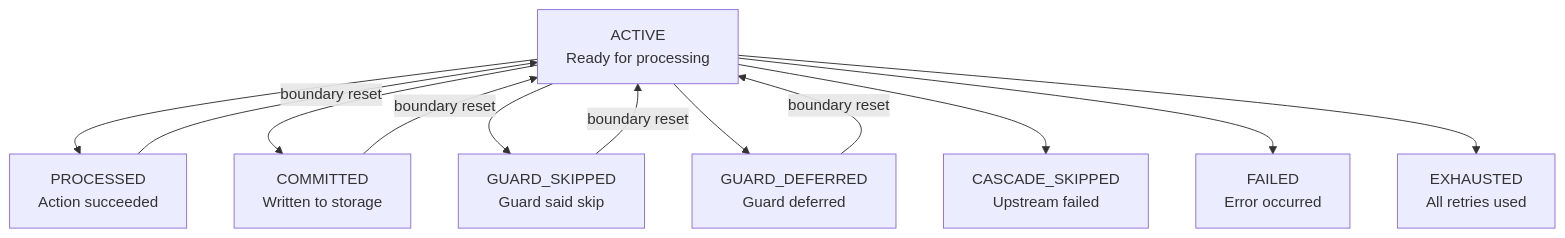
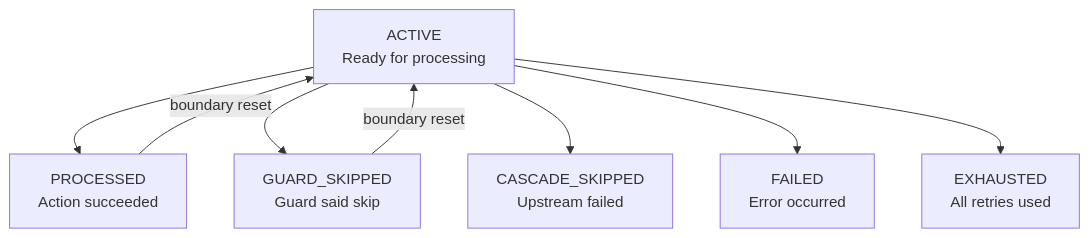
The diagram in docs.agent-actions/docs/guides/record-lifecycle.md (Muizzkolapo/agent-actions), drawn with Mermaid before and after one commit. The commit also changed other lines of this file and 13 other files, not shown here.

First line of the commit message:
fix(VIOL-0029): remove dead RecordState members committed + guard_deferred

````diff
--- a/docs.agent-actions/docs/guides/record-lifecycle.md
+++ b/docs.agent-actions/docs/guides/record-lifecycle.md
@@ -33,24 +33,18 @@
 ```mermaid
 flowchart TD
     A[ACTIVE<br/>Ready for processing]
     P[PROCESSED<br/>Action succeeded]
-    C[COMMITTED<br/>Written to storage]
     GS[GUARD_SKIPPED<br/>Guard said skip]
-    GD[GUARD_DEFERRED<br/>Guard deferred]
     CS[CASCADE_SKIPPED<br/>Upstream failed]
     F[FAILED<br/>Error occurred]
     E[EXHAUSTED<br/>All retries used]
 
     A --> P
-    A --> C
     A --> GS
-    A --> GD
     A --> CS
     A --> F
     A --> E
 
     P -->|boundary reset| A
-    C -->|boundary reset| A
     GS -->|boundary reset| A
-    GD -->|boundary reset| A
 ```
````
